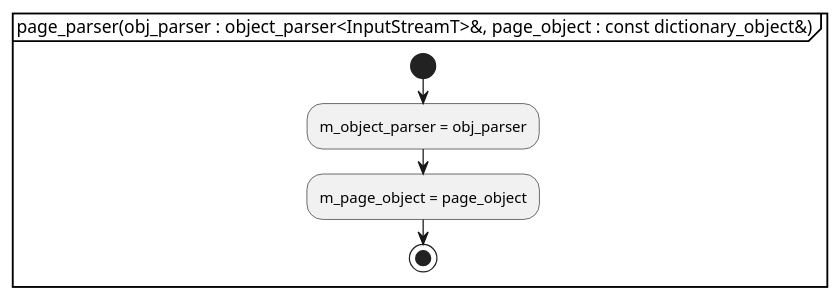
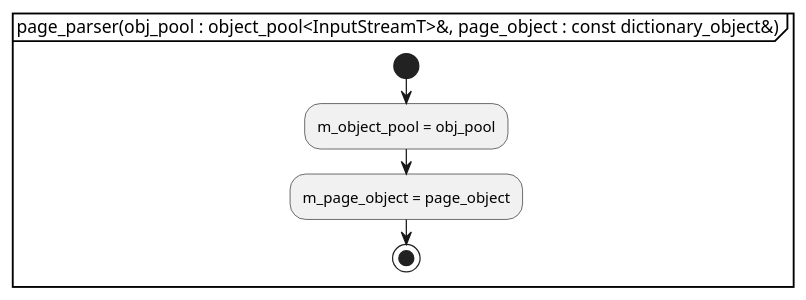
One commit to KodaiYM/PDFReader changed the first of 2 diagrams in document/document_reader/page_tree_parser/page_parser/page_parser.activity.pu. Above: the diagram before and after it, drawn with PlantUML. The commit also changed 3 other files, not shown here.

```diff
--- a/document/document_reader/page_tree_parser/page_parser/page_parser.activity.pu
+++ b/document/document_reader/page_tree_parser/page_parser/page_parser.activity.pu
@@ -1,8 +1,8 @@
 @startuml page_parser
-partition "page_parser(obj_parser : object_parser<InputStreamT>&, page_object : const dictionary_object&)" {
+partition "page_parser(obj_pool : object_pool<InputStreamT>&, page_object : const dictionary_object&)" {
 start
-	:m_object_parser = obj_parser;
+	:m_object_pool = obj_pool;
 	:m_page_object = page_object;
 stop
 }
 @enduml
```
